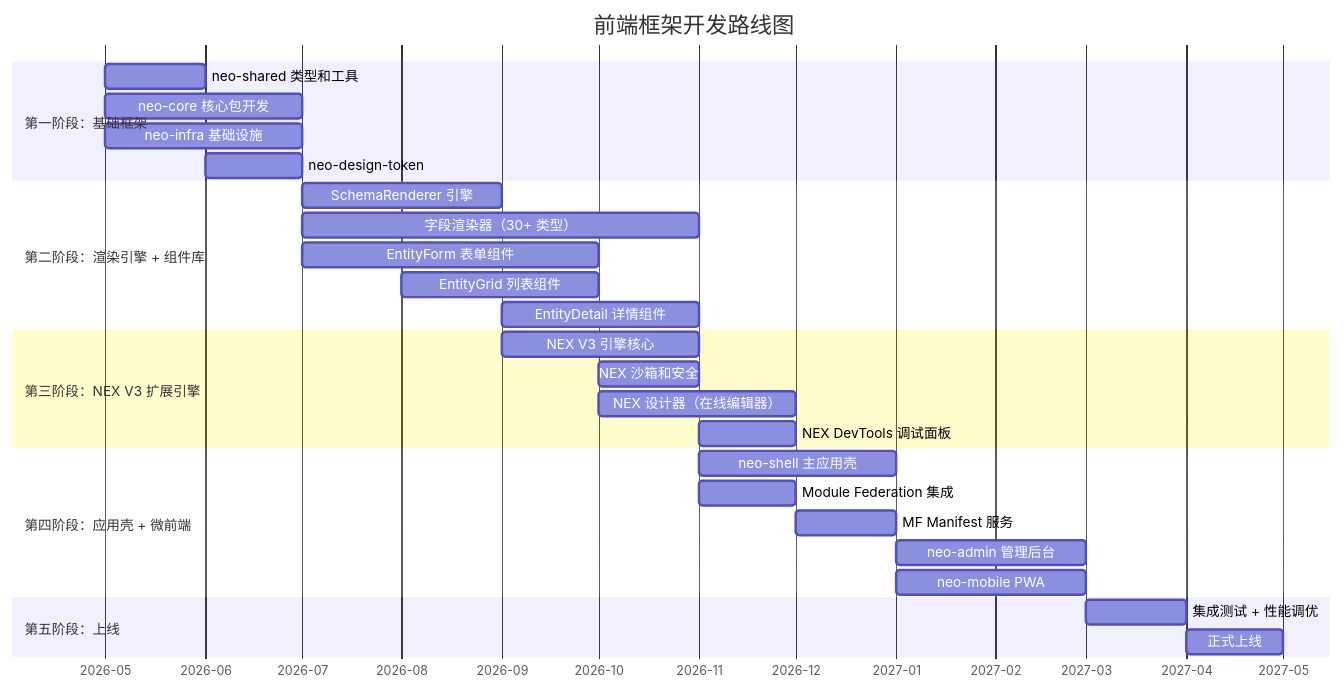
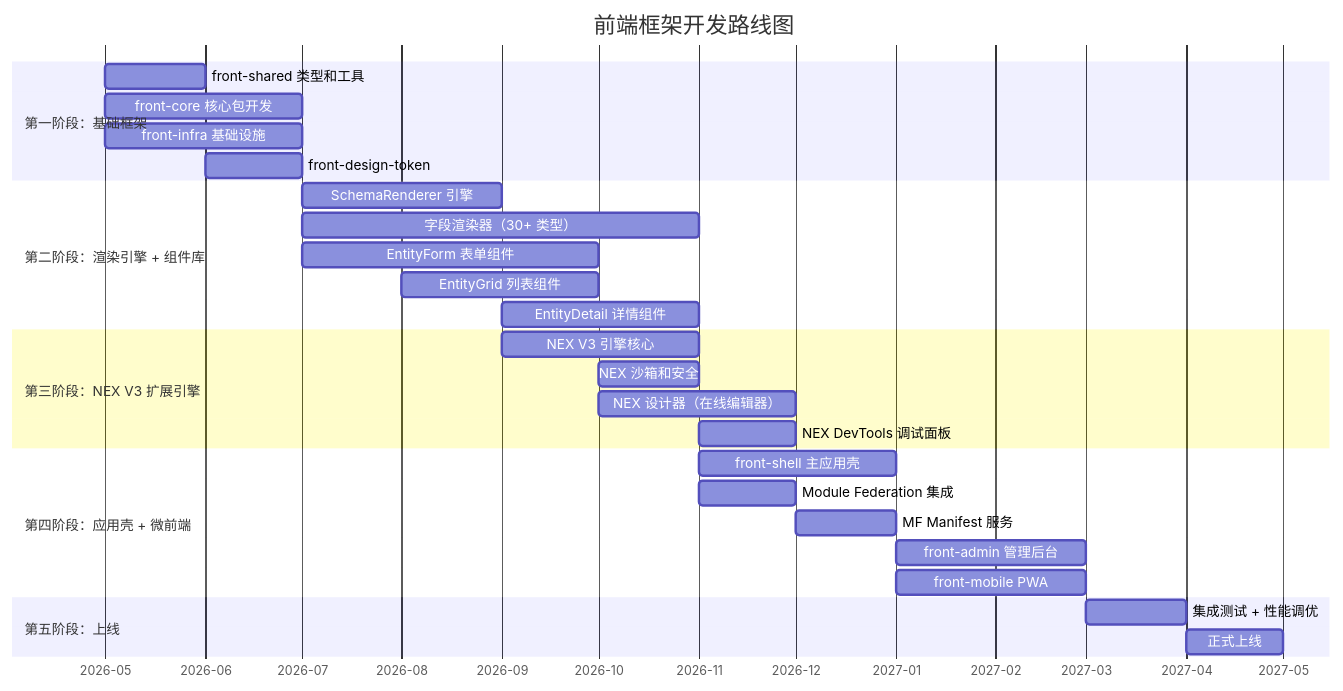
The sixth of 6 diagrams in product-specs/frontend-framework/新一代前端框架设计方案.md (chengqipeng/ai-pm-team), drawn with Mermaid before and after one commit. The commit also changed other lines of this file and 4 other files, not shown here.

````diff
--- a/product-specs/frontend-framework/新一代前端框架设计方案.md
+++ b/product-specs/frontend-framework/新一代前端框架设计方案.md
@@ -1352,36 +1311,36 @@
 ```mermaid
 gantt
     title 前端框架开发路线图
     dateFormat  YYYY-MM
     axisFormat  %Y-%m
 
     section 第一阶段：基础框架
-    neo-shared 类型和工具          :a1, 2026-05, 1M
-    neo-core 核心包开发           :a2, 2026-05, 2M
-    neo-infra 基础设施             :a3, 2026-05, 2M
-    neo-design-token              :a4, 2026-06, 1M
+    front-shared 类型和工具         :a1, 2026-05, 1M
+    front-core 核心包开发          :a2, 2026-05, 2M
+    front-infra 基础设施            :a3, 2026-05, 2M
+    front-design-token             :a4, 2026-06, 1M
 
     section 第二阶段：渲染引擎 + 组件库
     SchemaRenderer 引擎           :b1, 2026-07, 2M
     字段渲染器（30+ 类型）         :b2, 2026-07, 4M
     EntityForm 表单组件            :b3, 2026-07, 3M
     EntityGrid 列表组件            :b4, 2026-08, 2M
     EntityDetail 详情组件          :b5, 2026-09, 2M
 
     section 第三阶段：NEX V3 扩展引擎
     NEX V3 引擎核心               :c1, 2026-09, 2M
     NEX 沙箱和安全                :c2, 2026-10, 1M
     NEX 设计器（在线编辑器）       :c3, 2026-10, 2M
     NEX DevTools 调试面板          :c4, 2026-11, 1M
 
     section 第四阶段：应用壳 + 微前端
-    neo-shell 主应用壳             :d1, 2026-11, 2M
+    front-shell 主应用壳            :d1, 2026-11, 2M
     Module Federation 集成        :d2, 2026-11, 1M
     MF Manifest 服务              :d3, 2026-12, 1M
-    neo-admin 管理后台             :d4, 2027-01, 2M
-    neo-mobile PWA                :d5, 2027-01, 2M
+    front-admin 管理后台            :d4, 2027-01, 2M
+    front-mobile PWA               :d5, 2027-01, 2M
 
     section 第五阶段：上线
     集成测试 + 性能调优            :e1, 2027-03, 1M
     正式上线                      :e2, 2027-04, 1M
 ```
````
